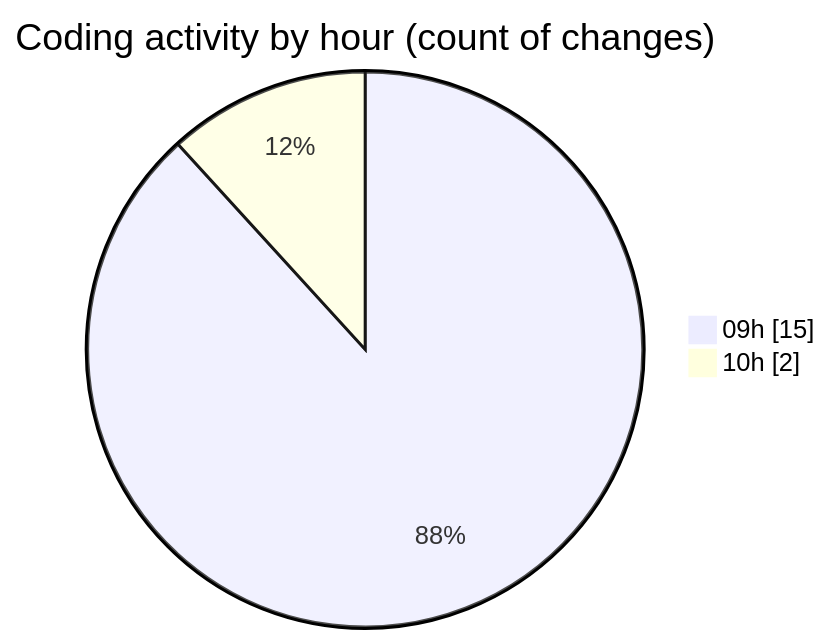
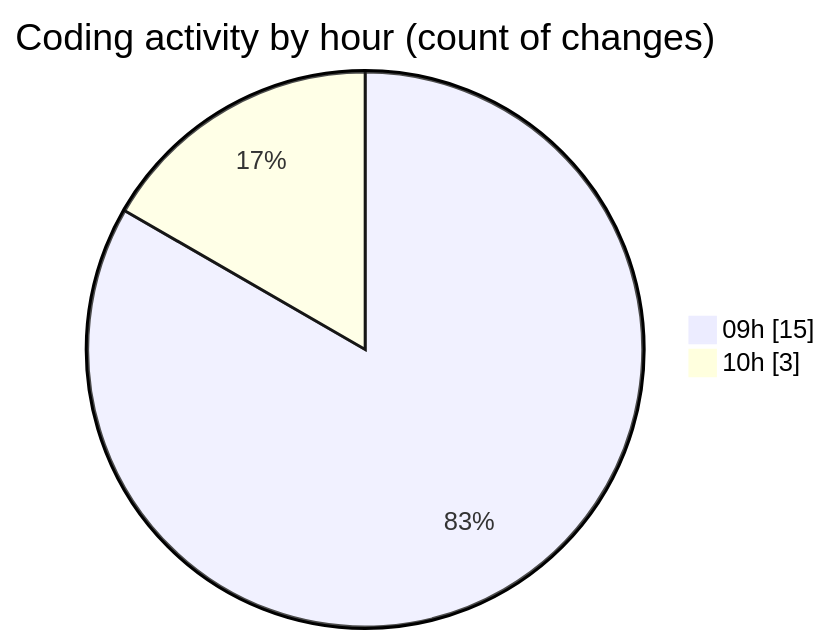
Before and after one commit to lephambinh05/code-tracking: the second of 2 diagrams in 2025-09-16/datanv/README.md, drawn with Mermaid. The commit also changed other lines of this file and 1 other file, not shown here.

````diff
--- a/2025-09-16/datanv/README.md
+++ b/2025-09-16/datanv/README.md
@@ -35,6 +35,6 @@
 ```mermaid
 pie showData
 title Coding activity by hour (count of changes)
 "09h" : 15
-"10h" : 2
+"10h" : 3
 ```
````
